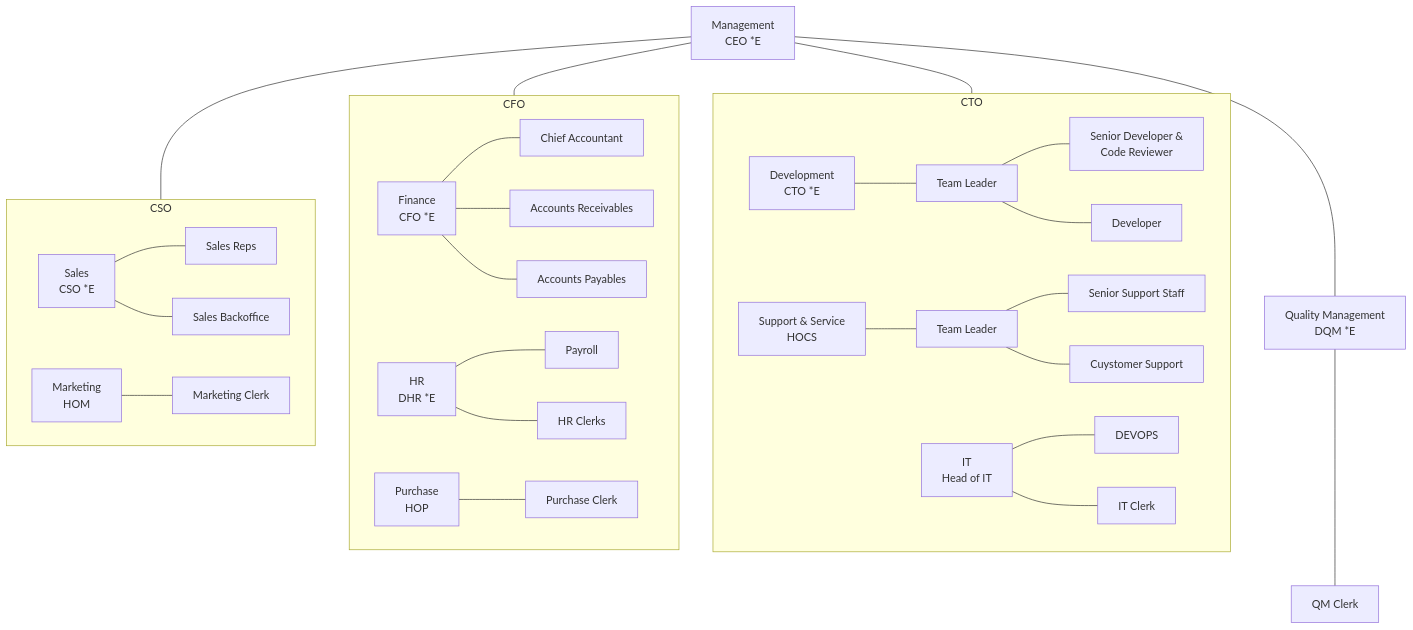
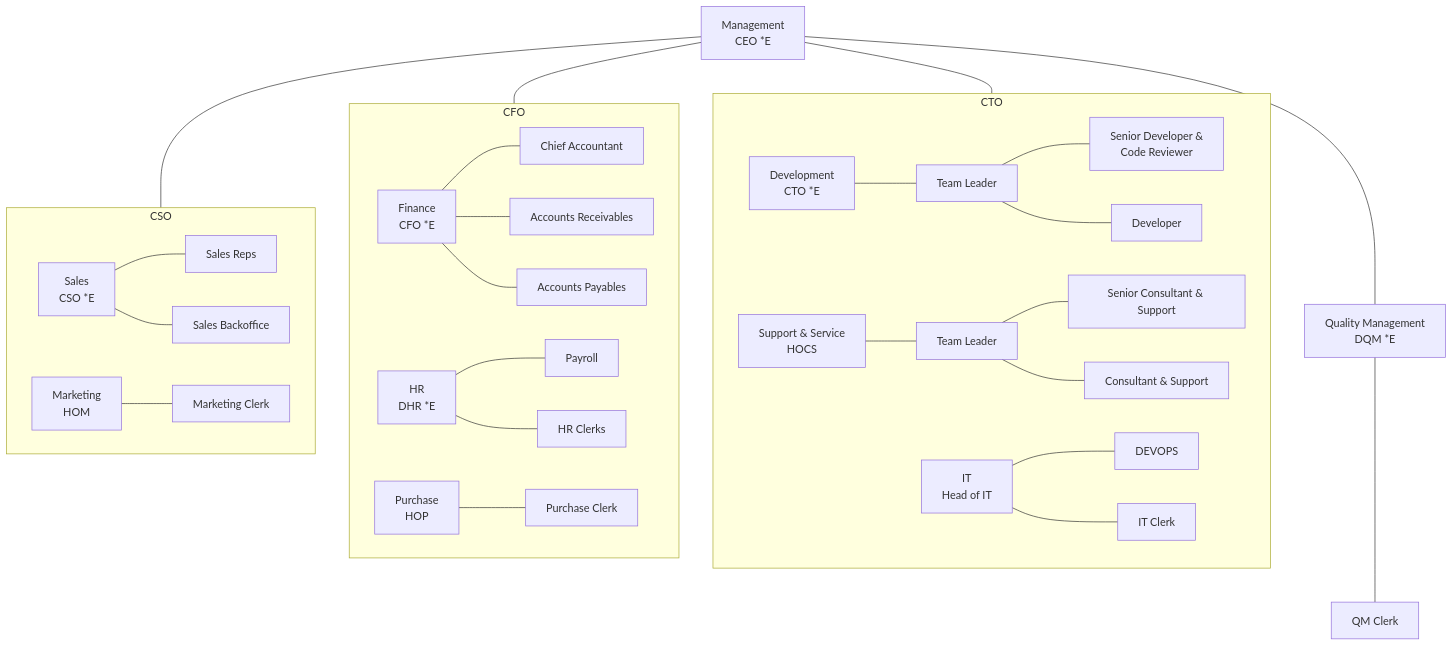
Before and after one commit to Karaka-Management/Organization-Guide: the diagram in Processes/Organigram.md, drawn with Mermaid.

````diff
--- a/Processes/Organigram.md
+++ b/Processes/Organigram.md
@@ -3,39 +3,39 @@
 ```mermaid
 flowchart TD;
     subgraph CTO
         DEVELOPMENT[Development\nCTO *E];
         DEVELOPMENT---TEAM_LEADER[Team Leader];
         TEAM_LEADER---SENIOR_DEVELOPER[Senior Developer &\nCode Reviewer];
         TEAM_LEADER---DEVELOPER[Developer];
         SUPPORT_SERVICE[Support & Service\nHOCS];
         SUPPORT_SERVICE---TEAM_LEADER_SUPPORT[Team Leader];
-        TEAM_LEADER_SUPPORT---SENIOR_SUPPORT[Senior Support Staff];
-        TEAM_LEADER_SUPPORT---SUPPORT[Cuystomer Support];
+        TEAM_LEADER_SUPPORT---SENIOR_SUPPORT[Senior Consultant & Support];
+        TEAM_LEADER_SUPPORT---SUPPORT[Consultant & Support];
         IT[IT\nHead of IT];
         IT---IT_DEVOPS[DEVOPS];
         IT---IT_CLERK[IT Clerk];
     end
     MANAGEMENT[Management\nCEO *E]---CTO;
     subgraph CFO
         FINANCE[Finance\nCFO *E];
         FINANCE---CHIEF_ACCOUNTANT[Chief Accountant];
         FINANCE---ACCOUNTS_RECEIVABLES[Accounts Receivables];
         FINANCE---ACCOUNTS_PAYABLE[Accounts Payables];
         HR[HR\nDHR *E];
         HR---PAYROLL[Payroll]
         HR---HR_CLERK[HR Clerks];
         PURCHASE[Purchase\nHOP];
         PURCHASE---PURCHASE_CLERK[Purchase Clerk];
     end
     MANAGEMENT---CFO;
     subgraph CSO
         SALES[Sales\nCSO *E];
         SALES---SALES_REP[Sales Reps];
         SALES---SALES_BACKOFFICE[Sales Backoffice];
         MARKETING[Marketing\nHOM];
         MARKETING---MARKETING_CLERK[Marketing Clerk]
     end
     MANAGEMENT---CSO;
     MANAGEMENT---QM[Quality Management\nDQM *E];
     QM---QM_CLERK[QM Clerk];
 ```
````
